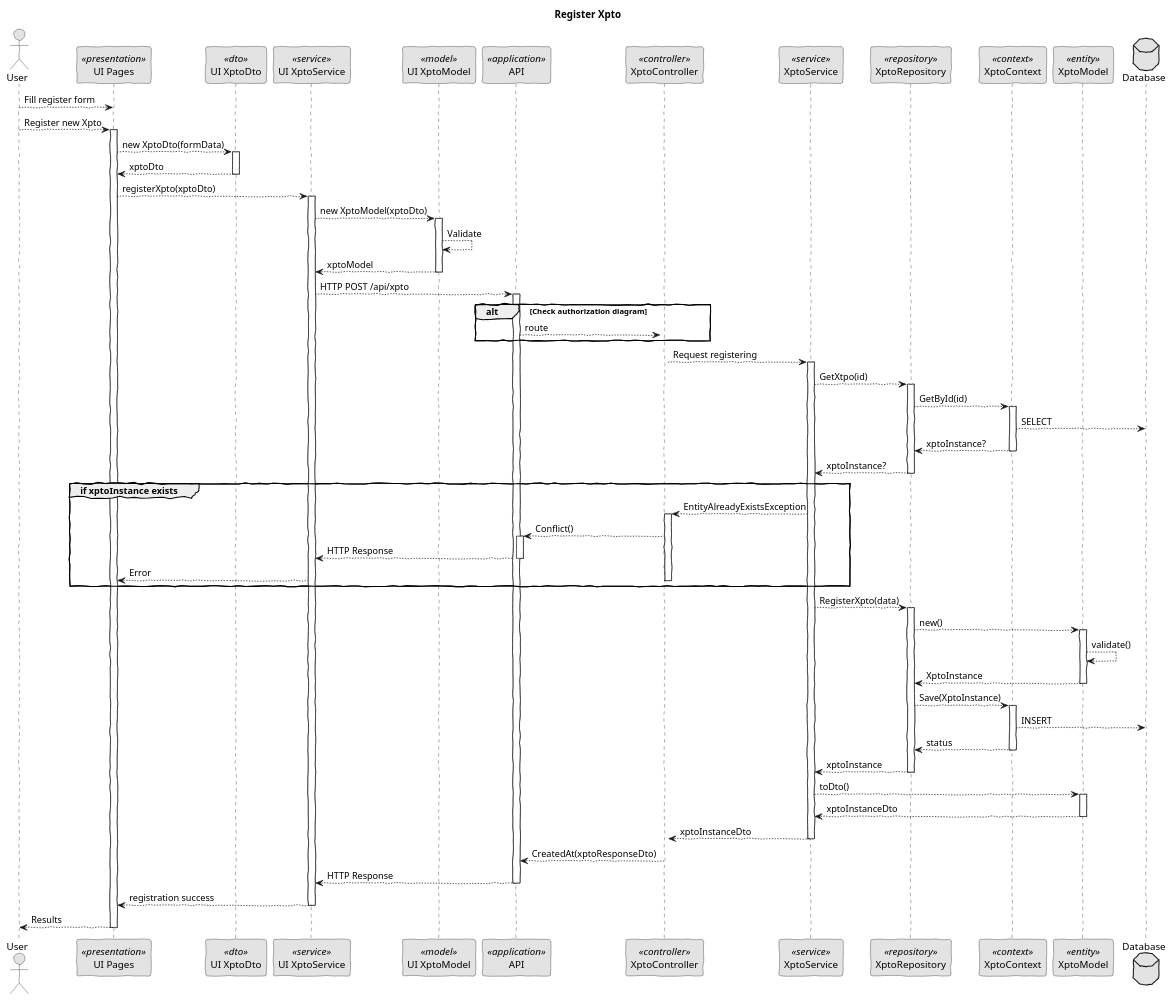
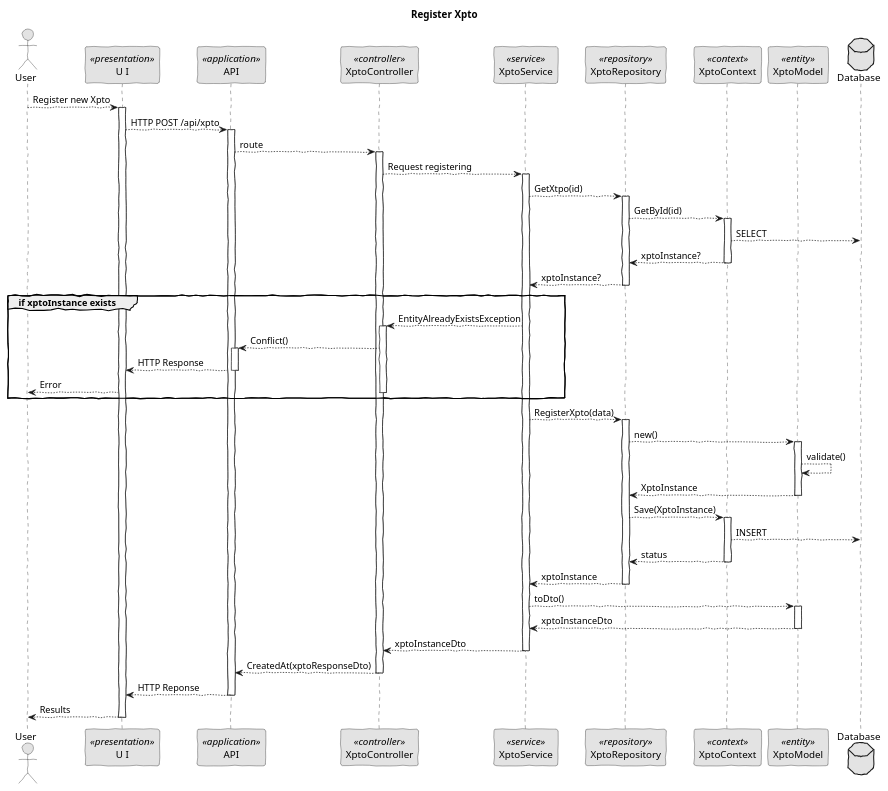
One commit to BernasDzn/portit changed the diagram in docs/sprint_2/global_artifacts/arquitecture/level_4/process_views/l4_process_view_post.puml. Above: the diagram before and after it, drawn with PlantUML. The commit also changed 13 other files, not shown here.

```diff
--- a/docs/sprint_2/global_artifacts/arquitecture/level_4/process_views/l4_process_view_post.puml
+++ b/docs/sprint_2/global_artifacts/arquitecture/level_4/process_views/l4_process_view_post.puml
@@ -1,111 +1,88 @@
 @startuml sequence_diagram_post
 skinparam handwritten true
 skinparam monochrome true
 skinparam packageStyle rect
 skinparam defaultFontName FG Virgil
 skinparam shadowing false
 
 actor User as Actor
-participant "UI Pages" as UI <<presentation>>
-participant "UI XptoDto" as UiDto <<dto>>
-participant "UI XptoService" as UiService <<service>>
-participant "UI XptoModel" as UiModel <<model>>
+participant "U I" as UI <<presentation>>
 participant API as API <<application>>
 participant XptoController as Controller <<controller>>
 participant XptoService as Service <<service>>
 participant XptoRepository as Repository <<repository>>
 participant XptoContext as Context <<context>>
 participant XptoModel as Model <<entity>>
 database Database
 
 title Register Xpto
 
-Actor --> UI: Fill register form
 Actor --> UI: Register new Xpto
 activate UI
 
-    UI --> UiDto: new XptoDto(formData)
-    activate UiDto
-        UiDto --> UI: xptoDto
-    deactivate UiDto
+    UI --> API: HTTP POST /api/xpto
 
-    UI --> UiService: registerXpto(xptoDto)
-    activate UiService
+    activate API
 
-        UiService --> UiModel: new XptoModel(xptoDto)
-        activate UiModel
-            UiModel --> UiModel: Validate
-            UiModel --> UiService: xptoModel
-        deactivate UiModel
+        API --> Controller: route
+        activate Controller
 
-        UiService --> API: HTTP POST /api/xpto
-        activate API
+            Controller --> Service: Request registering
+            activate Service
 
-            alt Check authorization diagram
-                API --> Controller: route
-            end
-            activate Controller
+                Service --> Repository: GetXtpo(id)
+                activate Repository
+                    Repository --> Context: GetById(id)
+                    activate Context
+                    Context --> Database: SELECT
+                    Context --> Repository: xptoInstance?
+                    deactivate Context
+                    Repository --> Service: xptoInstance?
+                deactivate Repository
 
-                Controller --> Service: Request registering
-                activate Service
+                group if xptoInstance exists
+                    Service --> Controller: EntityAlreadyExistsException 
+                    activate Controller
+                        Controller --> API: Conflict()
+                        activate API
+                            API --> UI: HTTP Response
+                        deactivate API
+                        UI --> Actor: Error
+                    deactivate Controller
+                end
 
-                    Service --> Repository: GetXtpo(id)
-                    activate Repository
-                        Repository --> Context: GetById(id)
-                        activate Context
-                            Context --> Database: SELECT
-                            Context --> Repository: xptoInstance?
-                        deactivate Context
-                        Repository --> Service: xptoInstance?
-                    deactivate Repository
+                Service --> Repository: RegisterXpto(data)
+                activate Repository
+                
+                    Repository --> Model: new()
+                    activate Model
+                        Model --> Model: validate()
+                        Model --> Repository: XptoInstance
+                    deactivate Model
+                    Repository --> Context: Save(XptoInstance)
 
-                    group if xptoInstance exists
-                        Service --> Controller: EntityAlreadyExistsException 
-                        activate Controller
-                            Controller --> API: Conflict()
-                            activate API
-                                API --> UiService: HTTP Response
-                            deactivate API
-                            UiService --> UI: Error
-                        deactivate Controller
-                    end
+                    activate Context
+                        Context --> Database: INSERT
+                        Context --> Repository: status
+                    deactivate Context
 
-                    Service --> Repository: RegisterXpto(data)
-                    activate Repository
+                    Repository --> Service: xptoInstance
+                deactivate Repository
 
-                        Repository --> Model: new()
-                        activate Model
-                            Model --> Model: validate()
-                            Model --> Repository: XptoInstance
-                        deactivate Model
+                Service --> Model: toDto()
+                activate Model
+                    Model --> Service: xptoInstanceDto
+                deactivate Model
 
-                        Repository --> Context: Save(XptoInstance)
-                        activate Context
-                            Context --> Database: INSERT
-                            Context --> Repository: status
-                        deactivate Context
+                Service --> Controller: xptoInstanceDto
+            deactivate Service
 
-                        Repository --> Service: xptoInstance
-                    deactivate Repository
+            Controller --> API: CreatedAt(xptoResponseDto)
+        deactivate Controller
 
-                    Service --> Model: toDto()
-                    activate Model
-                        Model --> Service: xptoInstanceDto
-                    deactivate Model
-
-                    Service --> Controller: xptoInstanceDto
-                deactivate Service
-
-                Controller --> API: CreatedAt(xptoResponseDto)
-            deactivate Controller
-
-            API --> UiService: HTTP Response
-        deactivate API
-
-        UiService --> UI: registration success
-    deactivate UiService
-
+        API --> UI: HTTP Reponse
+    deactivate API
 UI --> Actor: Results
 deactivate UI
-
+            
 @enduml
```
